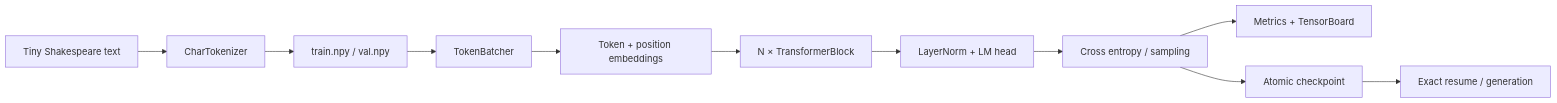
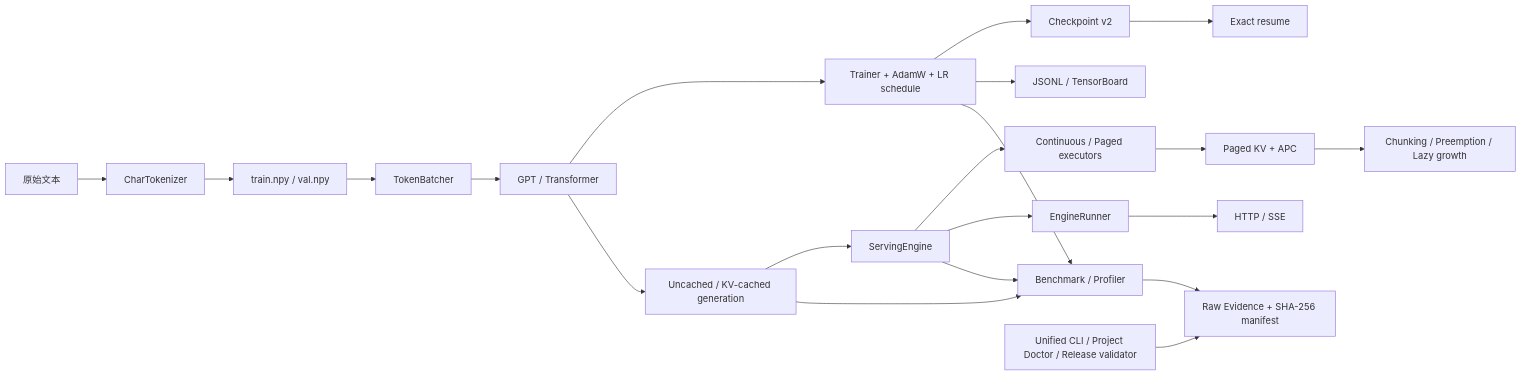
The diagram in README.md (ericheee111/miniGPT), drawn with Mermaid before and after one commit. The commit also changed other lines of this file and 6 other files, not shown here.

````diff
--- a/README.md
+++ b/README.md
@@ -215,13 +231,26 @@
 ```mermaid
 flowchart LR
-    A["Tiny Shakespeare text"] --> B["CharTokenizer"]
+    A["原始文本"] --> B["CharTokenizer"]
     B --> C["train.npy / val.npy"]
     C --> D["TokenBatcher"]
-    D --> E["Token + position embeddings"]
-    E --> F["N × TransformerBlock"]
-    F --> G["LayerNorm + LM head"]
-    G --> H["Cross entropy / sampling"]
-    H --> I["Metrics + TensorBoard"]
-    H --> J["Atomic checkpoint"]
-    J --> K["Exact resume / generation"]
+    D --> E["GPT / Transformer"]
+
+    E --> F["Trainer + AdamW + LR schedule"]
+    F --> G["Checkpoint v2"]
+    F --> H["JSONL / TensorBoard"]
+    G --> I["Exact resume"]
+
+    E --> J["Uncached / KV-cached generation"]
+    J --> K["ServingEngine"]
+    K --> L["Continuous / Paged executors"]
+    L --> M["Paged KV + APC"]
+    M --> N["Chunking / Preemption / Lazy growth"]
+    K --> O["EngineRunner"]
+    O --> P["HTTP / SSE"]
+
+    F --> Q["Benchmark / Profiler"]
+    J --> Q
+    K --> Q
+    Q --> R["Raw Evidence + SHA-256 manifest"]
+    S["Unified CLI / Project Doctor / Release validator"] --> R
 ```
````
